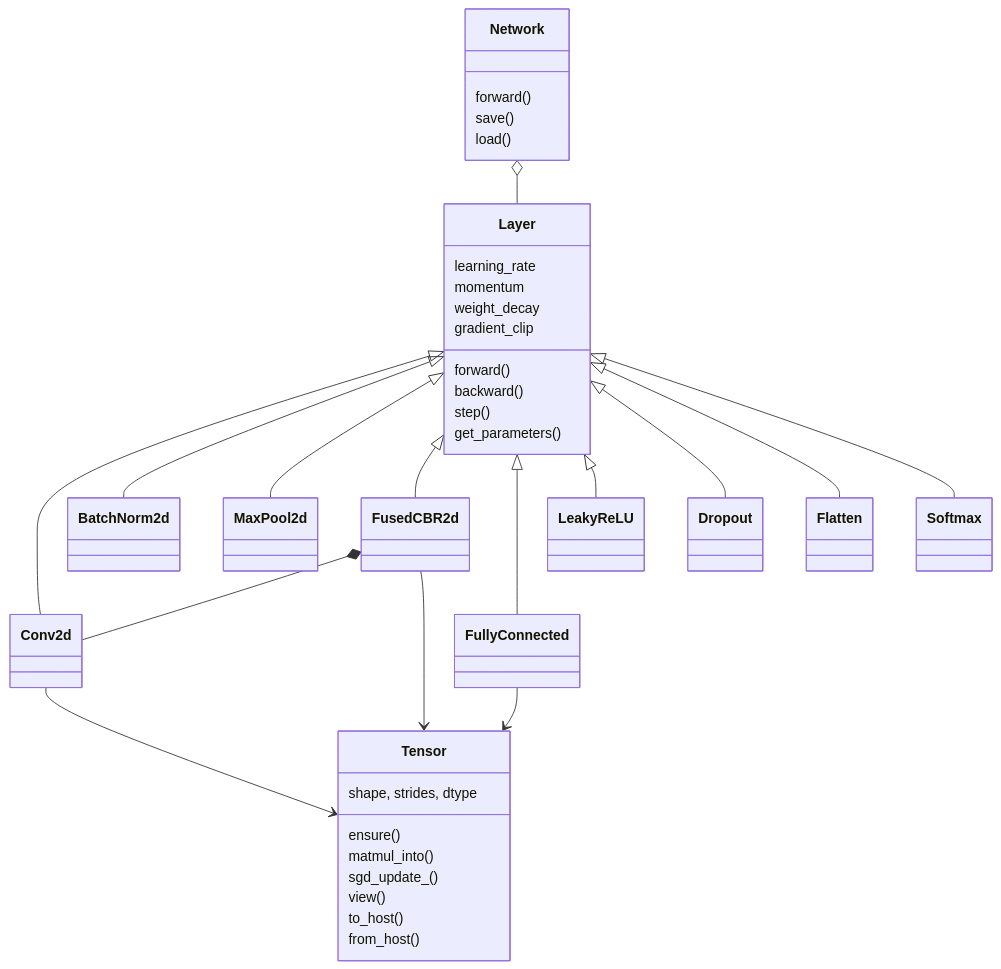
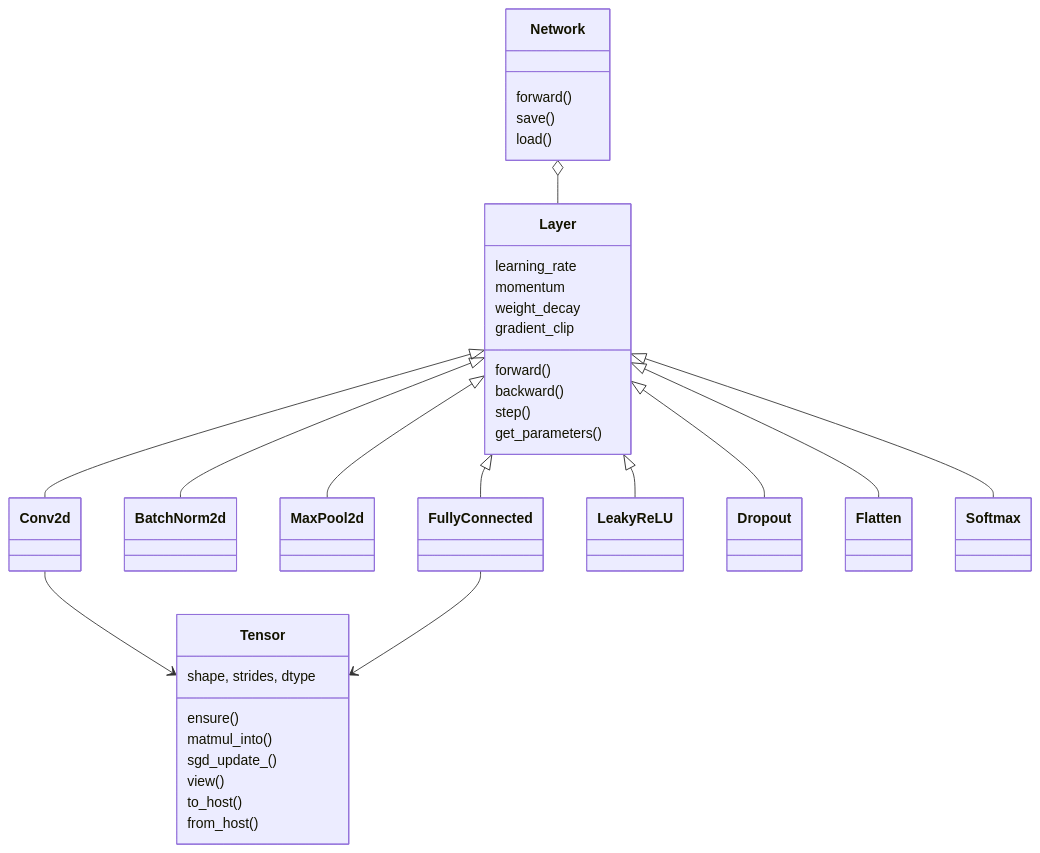
The diagram in docs/library/overview.md (Kemo321/Bachelor-Thesis), drawn with Mermaid before and after one commit. The commit also changed other lines of this file and 41 other files, not shown here.

First line of the commit message:
Remove the fused conv-batch-norm-LeakyReLU block.

````diff
--- a/docs/library/overview.md
+++ b/docs/library/overview.md
@@ -23,45 +23,42 @@
 ```mermaid
 classDiagram
     class Tensor {
         shape, strides, dtype
         ensure()
         matmul_into()
         sgd_update_()
         view()
         to_host()
         from_host()
     }
 
     class Layer {
         learning_rate
         momentum
         weight_decay
         gradient_clip
         forward()
         backward()
         step()
         get_parameters()
     }
 
     class Network {
         forward()
         save()
         load()
     }
 
     Layer <|-- Conv2d
     Layer <|-- BatchNorm2d
     Layer <|-- MaxPool2d
-    Layer <|-- FusedCBR2d
     Layer <|-- FullyConnected
     Layer <|-- LeakyReLU
     Layer <|-- Dropout
     Layer <|-- Flatten
     Layer <|-- Softmax
 
-    FusedCBR2d *-- Conv2d
     Network o-- Layer
     Conv2d --> Tensor
     FullyConnected --> Tensor
-    FusedCBR2d --> Tensor
 ```
````
